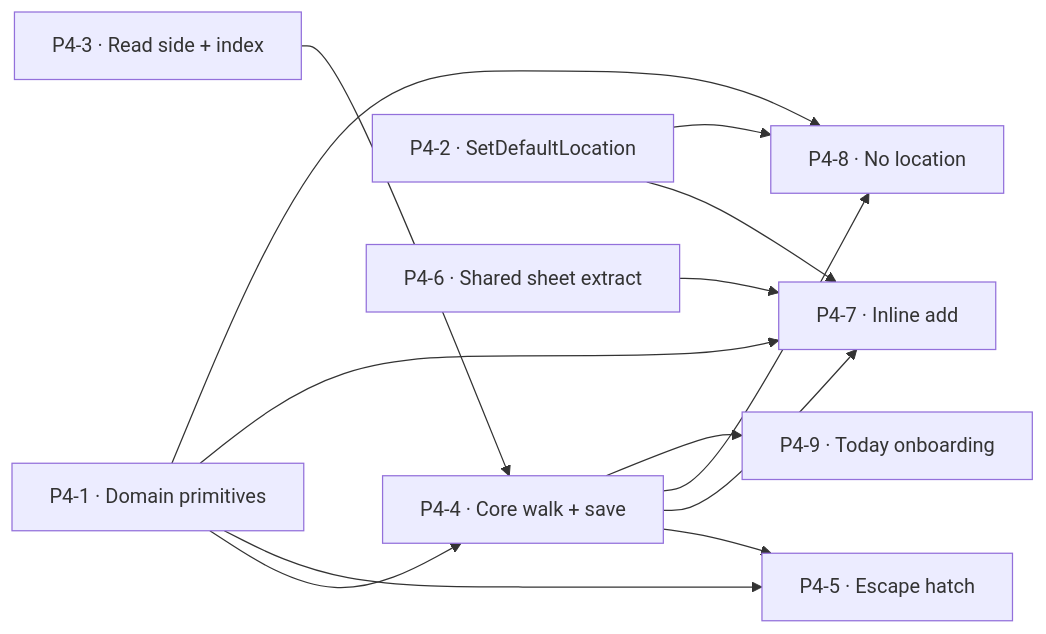
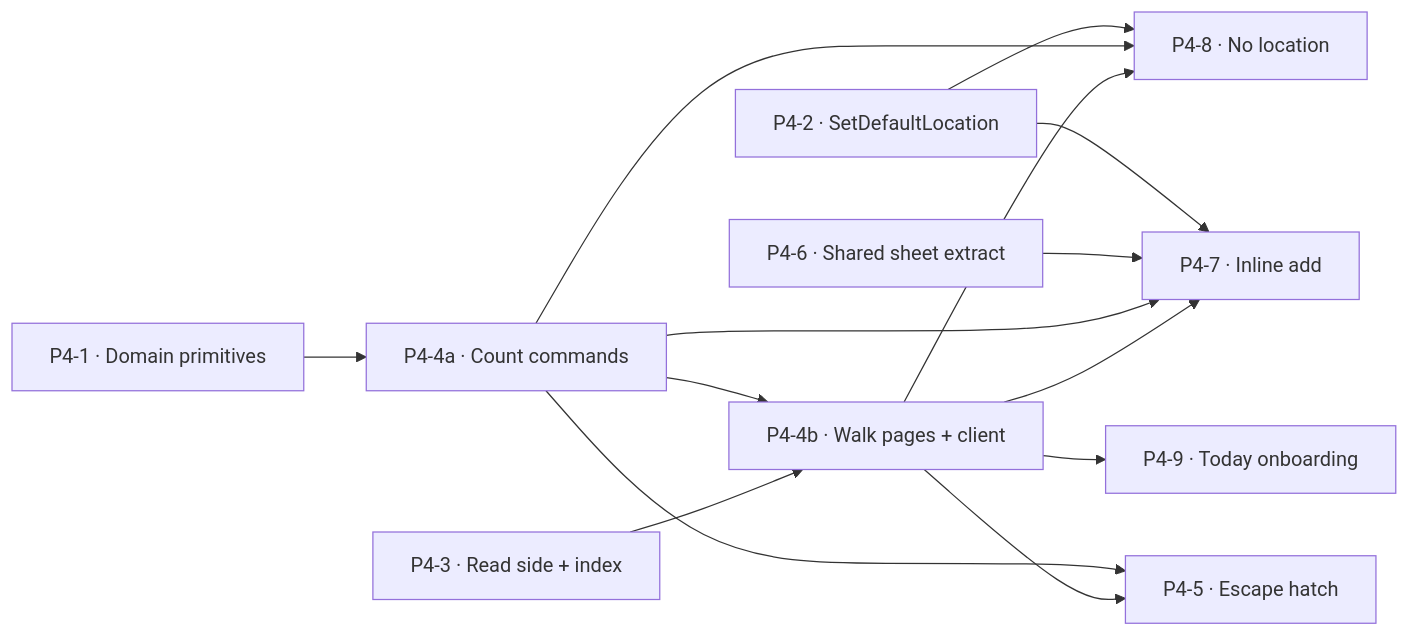
Before and after one commit to mgasparel/plantry: the diagram in docs/PHASE-4-PLAN.md, drawn with Mermaid. The commit also changed other lines of this file, not shown here.

````diff
--- a/docs/PHASE-4-PLAN.md
+++ b/docs/PHASE-4-PLAN.md
@@ -255,15 +286,16 @@
 ```mermaid
 graph LR
-    P1["P4-1 · Domain primitives"] --> P4["P4-4 · Core walk + save"]
+    P1["P4-1 · Domain primitives"] --> P4A["P4-4a · Count commands"]
+    P4A --> P4B["P4-4b · Walk pages + client"]
+    P3["P4-3 · Read side + index"] --> P4B
     P2["P4-2 · SetDefaultLocation"] --> P7["P4-7 · Inline add"]
     P2 --> P8["P4-8 · No location"]
-    P3["P4-3 · Read side + index"] --> P4
-    P4 --> P5["P4-5 · Escape hatch"]
-    P4 --> P7
-    P4 --> P8
-    P4 --> P9["P4-9 · Today onboarding"]
     P6["P4-6 · Shared sheet extract"] --> P7
-    P1 --> P5
-    P1 --> P7
-    P1 --> P8
+    P4A --> P5["P4-5 · Escape hatch"]
+    P4B --> P5
+    P4A --> P7
+    P4B --> P7
+    P4A --> P8
+    P4B --> P8
+    P4B --> P9["P4-9 · Today onboarding"]
 ```
````
